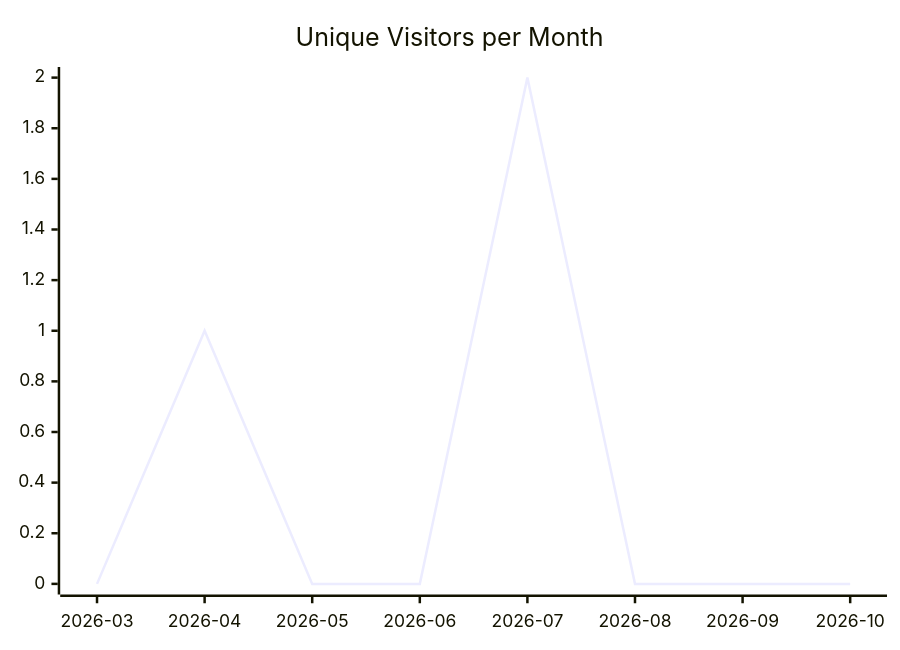
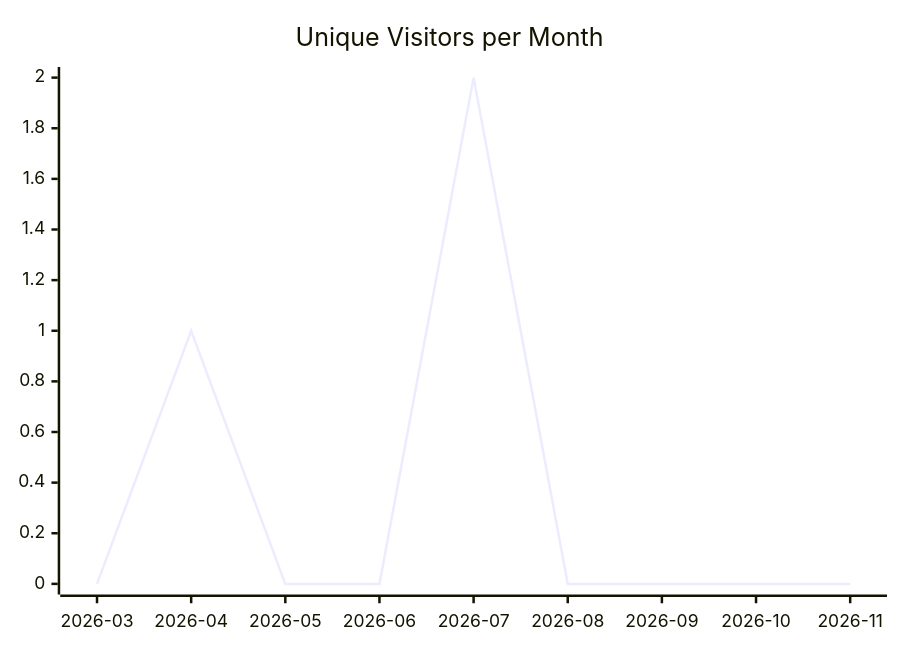
One commit to justdavis-family/github-analytics-data changed the first of 3 diagrams in justdavis-family/github-analytics-data/README.md. Above: the diagram before and after it, drawn with Mermaid. The commit also changed other lines of this file and 201 other files, not shown here.

````diff
--- a/justdavis-family/github-analytics-data/README.md
+++ b/justdavis-family/github-analytics-data/README.md
@@ -5,6 +5,6 @@
 ```mermaid
 xychart-beta
   title "Unique Visitors per Month"
-  x-axis ["2026-03", "2026-04", "2026-05", "2026-06", "2026-07", "2026-08", "2026-09", "2026-10"]
-  line [0, 1, 0, 0, 2, 0, 0, 0]
+  x-axis ["2026-03", "2026-04", "2026-05", "2026-06", "2026-07", "2026-08", "2026-09", "2026-10", "2026-11"]
+  line [0, 1, 0, 0, 2, 0, 0, 0, 0]
 ```
````
